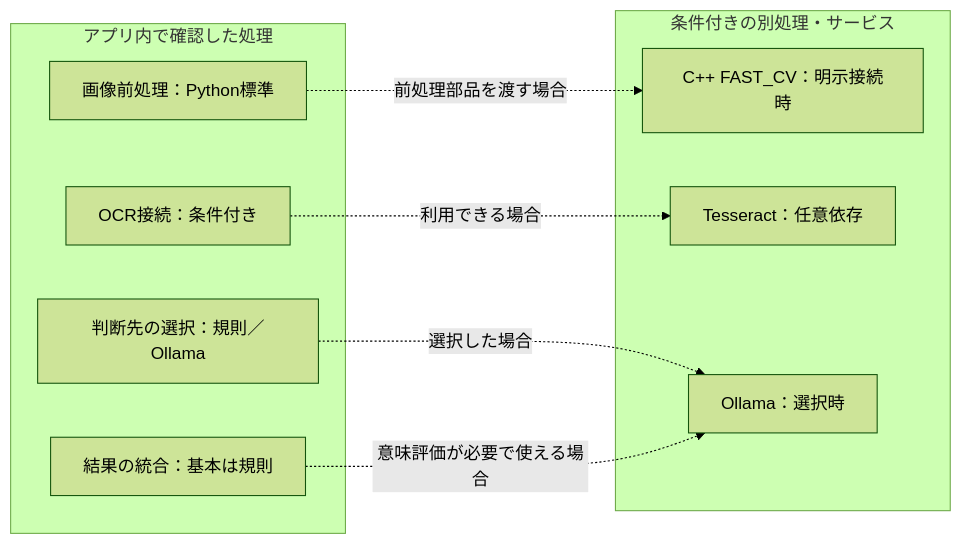
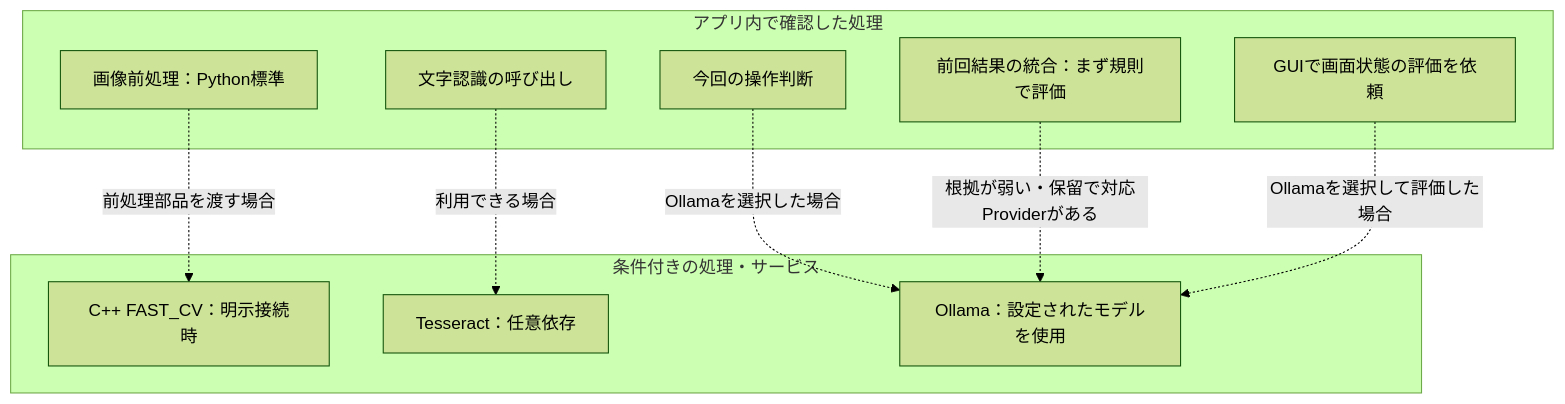
The second of 2 diagrams in doc/models/README.md (tomiya7688/AI_game_player), drawn with Mermaid (forest theme) before and after one commit. The commit also changed other lines of this file, not shown here.

Commit message:
docs: distinguish direct GUI assessment and document remote data disclosure (#609)

````diff
--- a/doc/models/README.md
+++ b/doc/models/README.md
@@ -37,18 +37,20 @@
 ```mermaid
-flowchart LR
+flowchart TB
     subgraph APP["アプリ内で確認した処理"]
         OBS["画像前処理：Python標準"]
-        OCR["OCR接続：条件付き"]
-        DEC["判断先の選択：規則／Ollama"]
-        OUT["結果の統合：基本は規則"]
+        OCR["文字認識の呼び出し"]
+        DEC["今回の操作判断"]
+        OUT["前回結果の統合：まず規則で評価"]
+        GUI["GUIで画面状態の評価を依頼"]
     end
-    subgraph RUNTIME["条件付きの別処理・サービス"]
+    subgraph RUNTIME["条件付きの処理・サービス"]
         NATIVE["C++ FAST_CV：明示接続時"]
         OCRDATA["Tesseract：任意依存"]
-        LLM["Ollama：選択時"]
+        LLM["Ollama：設定されたモデルを使用"]
     end
     OBS -.->|前処理部品を渡す場合| NATIVE
     OCR -.->|利用できる場合| OCRDATA
-    DEC -.->|選択した場合| LLM
-    OUT -.->|意味評価が必要で使える場合| LLM
+    DEC -.->|Ollamaを選択した場合| LLM
+    OUT -.->|根拠が弱い・保留で対応Providerがある| LLM
+    GUI -.->|Ollamaを選択して評価した場合| LLM
 ```
````
